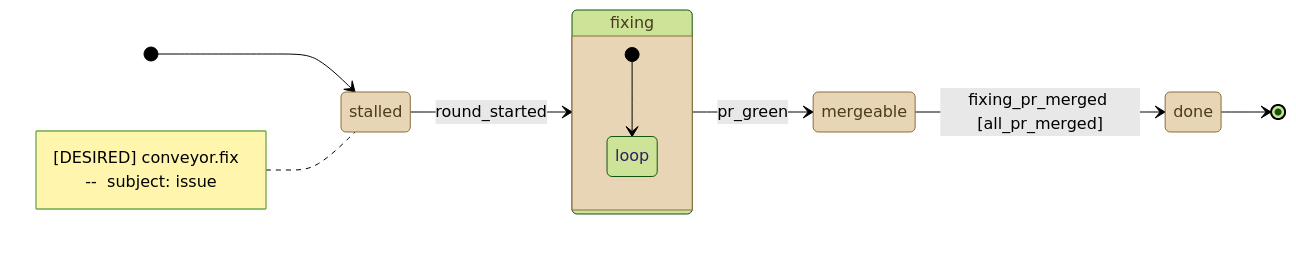
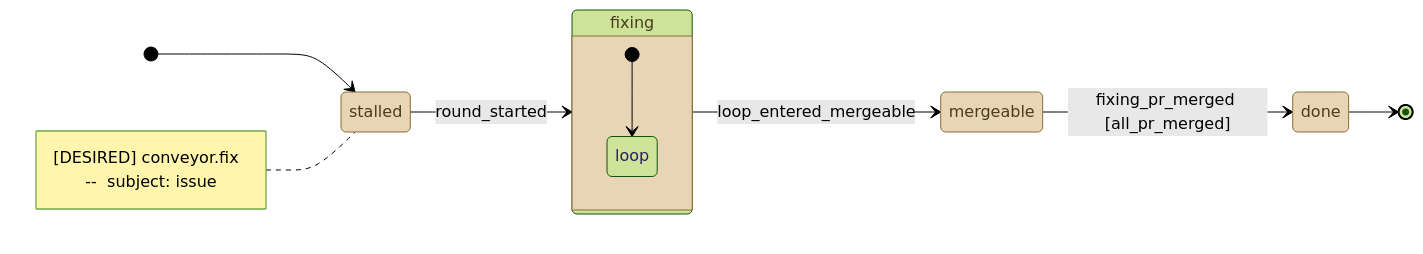
The diagram in .github/conveyor-model/mermaid/desired/conveyor_fix.mmd (kostiantyn-matsebora/agent-ops-operator), drawn with Mermaid (forest theme) before and after one commit. The commit also changed 2 other files, not shown here.

```diff
--- a/.github/conveyor-model/mermaid/desired/conveyor_fix.mmd
+++ b/.github/conveyor-model/mermaid/desired/conveyor_fix.mmd
@@ -1,21 +1,21 @@
 stateDiagram-v2
     direction LR
     [*] --> stalled
     note left of stalled
         [DESIRED] conveyor.fix  --  subject: issue
     end note
     classDef stationState fill:#e8d5b5,stroke:#8a6d3b,color:#4a3b1f
     classDef loopState fill:#c9e4de,stroke:#2f6b5e,color:#1a3b33
     state stalled
     state fixing
     state mergeable
     state done
     stalled --> fixing : round_started
-    fixing --> mergeable : pr_green
+    fixing --> mergeable : loop_entered_mergeable
     mergeable --> done : fixing_pr_merged [all_pr_merged]
     done --> [*]
     class stalled, fixing, mergeable, done stationState
     state fixing {
         [*] --> loop
         state "loop" as loop
     }
```
